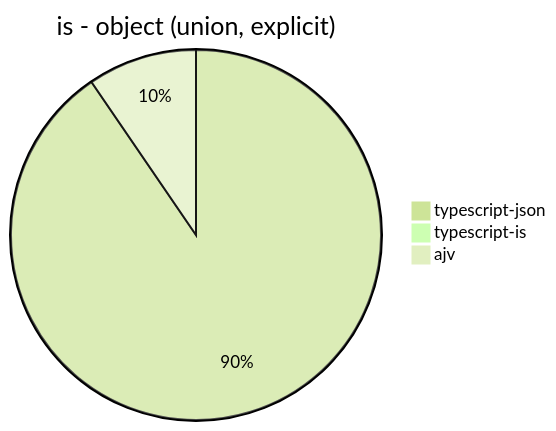
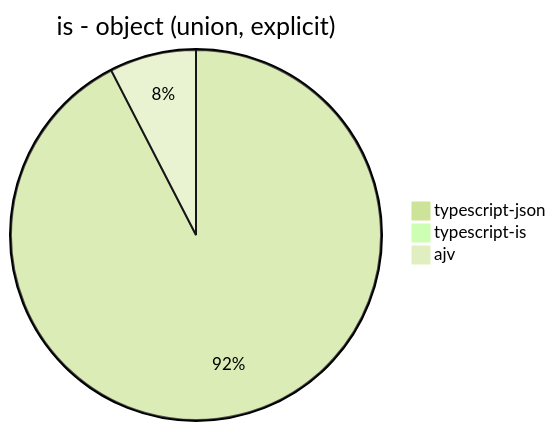
One commit to samchon/typia changed the ninth of 30 diagrams in benchmark/results/Apple M1 Pro.md. Above: the diagram before and after it, drawn with Mermaid (forest theme). The commit also changed other lines of this file, not shown here.

````diff
--- a/benchmark/results/Apple M1 Pro.md
+++ b/benchmark/results/Apple M1 Pro.md
@@ -92,6 +92,6 @@
 ```mermaid
 pie title is - object (union, explicit)
-  "typescript-json": 12992.69939770031
+  "typescript-json": 17897.411675798223
   "typescript-is": 0
-  "ajv": 1370.4635285662955
+  "ajv": 1465.8775661179952
 ```
````
